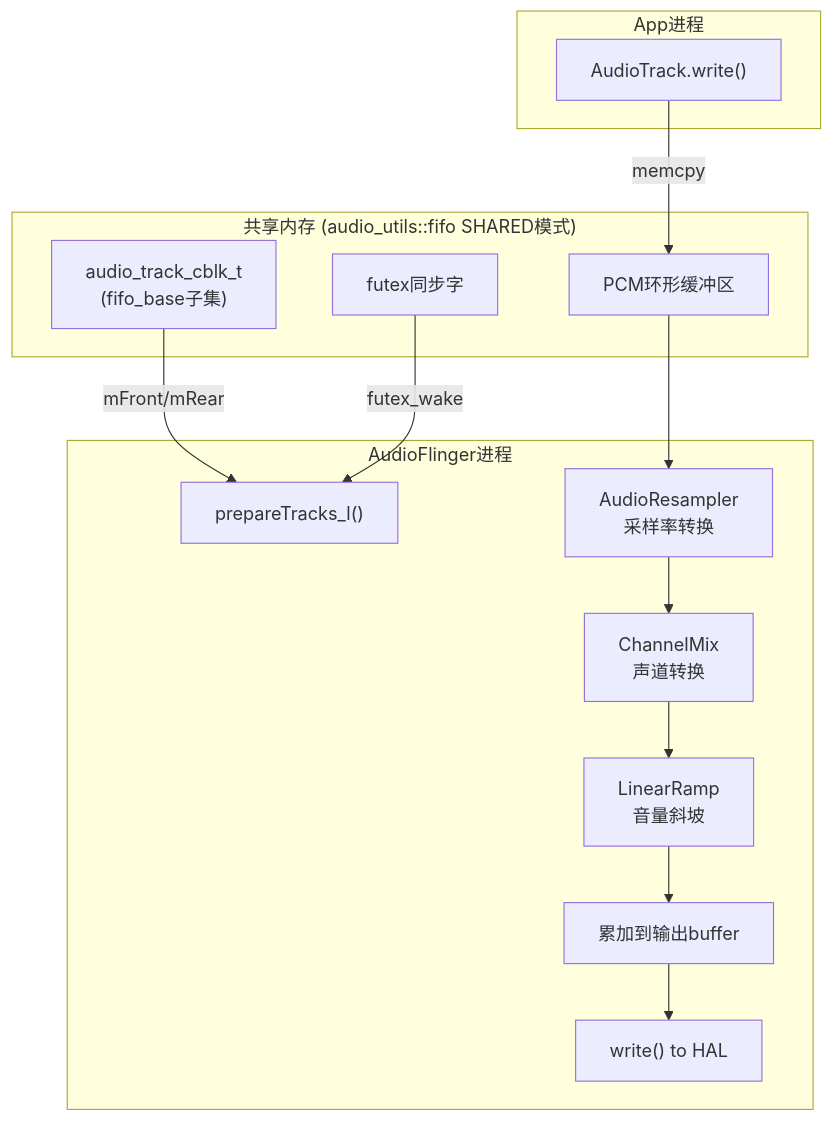
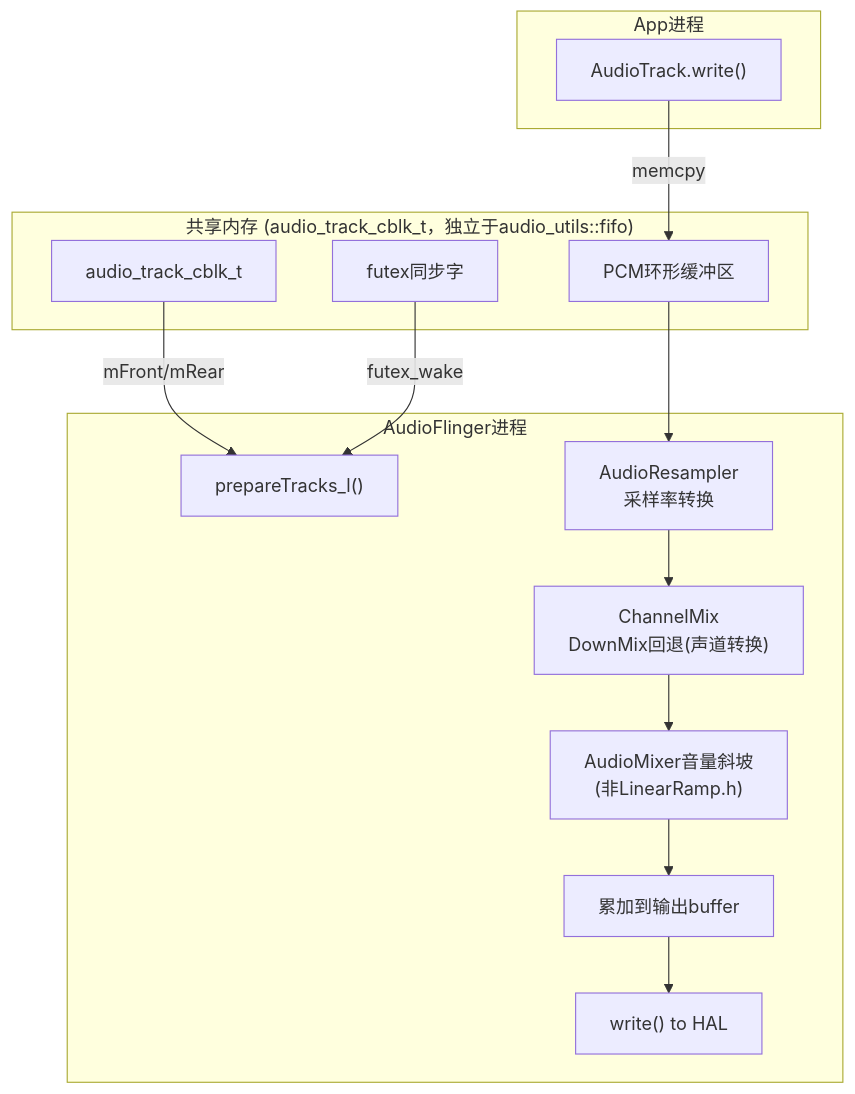
Before and after one commit to yanglinzhen1022/SA8295_AAOS_QNX_Audio_KnowledgeBase: the seventh of 7 diagrams in 04_Native_Framework_Layer/04_4.6_audio_utils核心工具类.md, drawn with Mermaid. The commit also changed other lines of this file and 5 other files, not shown here.

````diff
--- a/04_Native_Framework_Layer/04_4.6_audio_utils核心工具类.md
+++ b/04_Native_Framework_Layer/04_4.6_audio_utils核心工具类.md
@@ -576,30 +519,30 @@
 ```mermaid
 flowchart TB
     subgraph AppProcess["App进程"]
         AT["AudioTrack.write()"]
     end
 
-    subgraph SharedMem["共享内存 (audio_utils::fifo SHARED模式)"]
-        Cblk["audio_track_cblk_t<br>(fifo_base子集)"]
+    subgraph SharedMem["共享内存 (audio_track_cblk_t，独立于audio_utils::fifo)"]
+        Cblk["audio_track_cblk_t"]
         PCM["PCM环形缓冲区"]
         FutexWord["futex同步字"]
     end
 
     subgraph AFProcess["AudioFlinger进程"]
         Prepare["prepareTracks_l()"]
         SRC["AudioResampler<br>采样率转换"]
-        ChMix["ChannelMix<br>声道转换"]
-        VolRamp["LinearRamp<br>音量斜坡"]
+        ChMix["ChannelMix<br>DownMix回退(声道转换)"]
+        VolRamp["AudioMixer音量斜坡<br>(非LinearRamp.h)"]
         MixBuf["累加到输出buffer"]
         WriteHAL["write() to HAL"]
     end
 
     AT -->|"memcpy"| PCM
     Cblk -->|"mFront/mRear"| Prepare
     PCM --> SRC
     SRC --> ChMix
     ChMix --> VolRamp
     VolRamp --> MixBuf
     MixBuf --> WriteHAL
     FutexWord -->|"futex_wake"| Prepare
 ```
````
